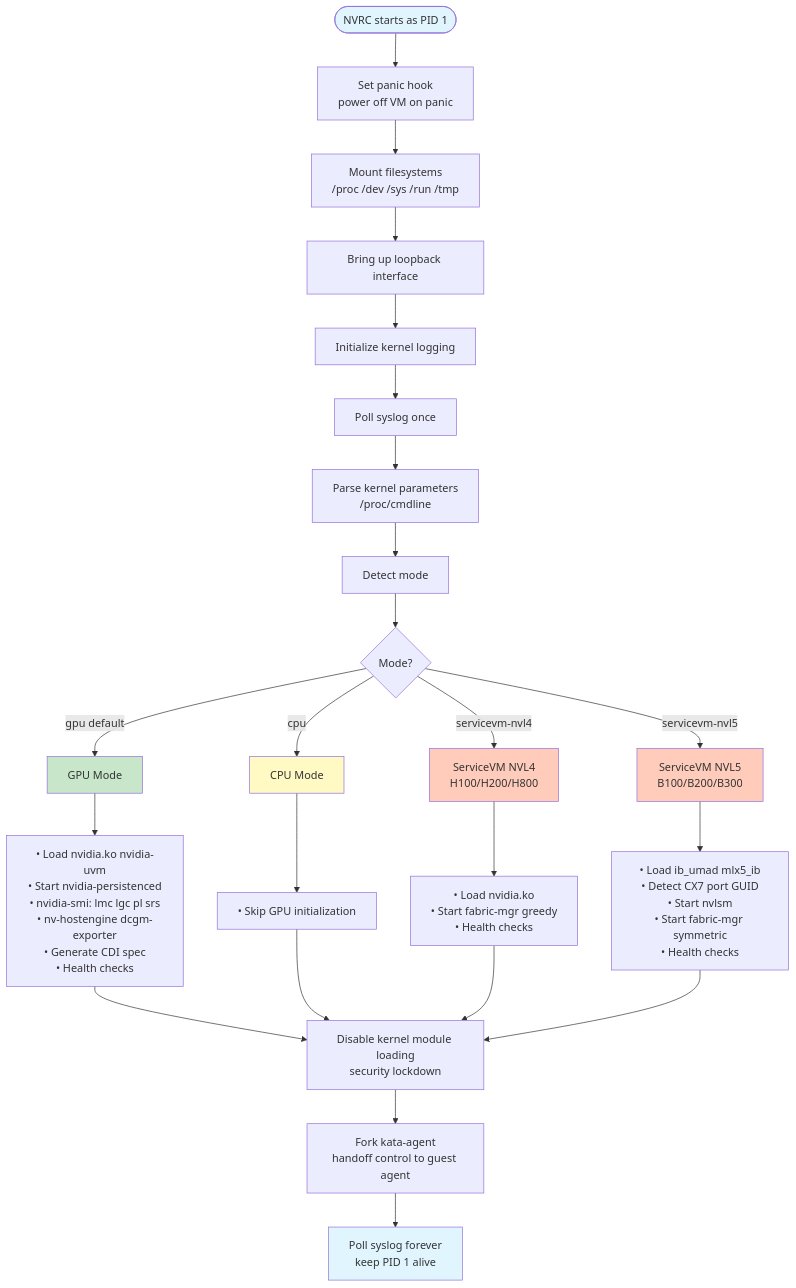
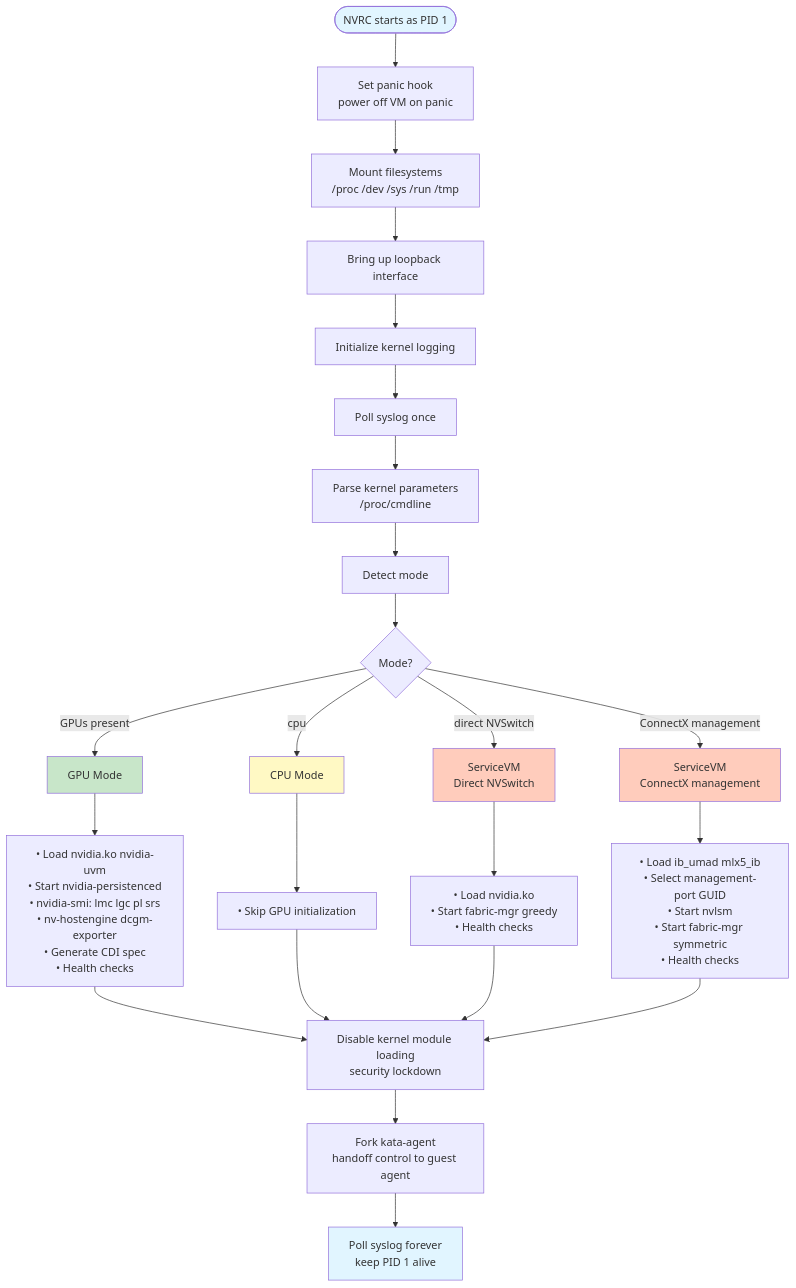
One commit to NVIDIA/nvrc changed the diagram in README.md. Above: the diagram before and after it, drawn with Mermaid. The commit also changed other lines of this file and 8 other files, not shown here.

````diff
--- a/README.md
+++ b/README.md
@@ -23,41 +23,41 @@
 ```mermaid
 flowchart TD
     Start([NVRC starts as PID 1]) --> PanicHook[Set panic hook<br/>power off VM on panic]
     PanicHook --> MountFS[Mount filesystems<br/>/proc /dev /sys /run /tmp]
     MountFS --> LoopbackUp[Bring up loopback interface]
     LoopbackUp --> InitKernlog[Initialize kernel logging]
     InitKernlog --> PollSyslogOnce[Poll syslog once]
     PollSyslogOnce --> ParseKernel[Parse kernel parameters<br/>/proc/cmdline]
     
     ParseKernel --> DetectMode[Detect mode]
     DetectMode --> ModeSelect{Mode?}
     
-    ModeSelect -->|gpu default| GPUMode[GPU Mode]
+    ModeSelect -->|GPUs present| GPUMode[GPU Mode]
     ModeSelect -->|cpu| CPUMode[CPU Mode]
-    ModeSelect -->|servicevm-nvl4| NVL4Mode[ServiceVM NVL4<br/>H100/H200/H800]
-    ModeSelect -->|servicevm-nvl5| NVL5Mode[ServiceVM NVL5<br/>B100/B200/B300]
+    ModeSelect -->|direct NVSwitch| NVL4Mode[ServiceVM<br/>Direct NVSwitch]
+    ModeSelect -->|ConnectX management| NVL5Mode[ServiceVM<br/>ConnectX management]
     
     GPUMode --> GPUSteps[• Load nvidia.ko nvidia-uvm<br/>• Start nvidia-persistenced<br/>• nvidia-smi: lmc lgc pl srs<br/>• nv-hostengine dcgm-exporter<br/>• Generate CDI spec<br/>• Health checks]
     
     CPUMode --> CPUSteps[• Skip GPU initialization]
     
     NVL4Mode --> NVL4Steps[• Load nvidia.ko<br/>• Start fabric-mgr greedy<br/>• Health checks]
     
-    NVL5Mode --> NVL5Steps[• Load ib_umad mlx5_ib<br/>• Detect CX7 port GUID<br/>• Start nvlsm<br/>• Start fabric-mgr symmetric<br/>• Health checks]
+    NVL5Mode --> NVL5Steps[• Load ib_umad mlx5_ib<br/>• Select management-port GUID<br/>• Start nvlsm<br/>• Start fabric-mgr symmetric<br/>• Health checks]
     
     GPUSteps --> Lockdown
     CPUSteps --> Lockdown
     NVL4Steps --> Lockdown
     NVL5Steps --> Lockdown
     
     Lockdown[Disable kernel module loading<br/>security lockdown]
     Lockdown --> ForkAgent[Fork kata-agent<br/>handoff control to guest agent]
     ForkAgent --> PollSyslog[Poll syslog forever<br/>keep PID 1 alive]
     
     style Start fill:#e1f5ff
     style PollSyslog fill:#e1f5ff
     style GPUMode fill:#c8e6c9
     style CPUMode fill:#fff9c4
     style NVL4Mode fill:#ffccbc
     style NVL5Mode fill:#ffccbc
 ```
````
